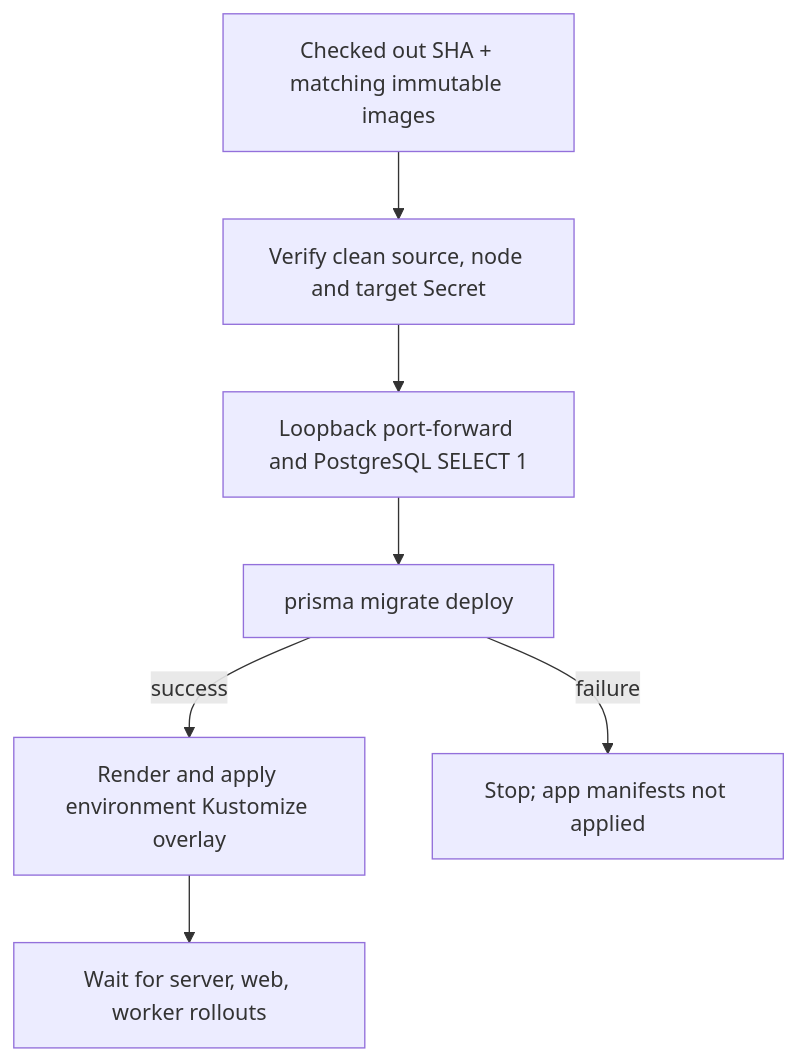
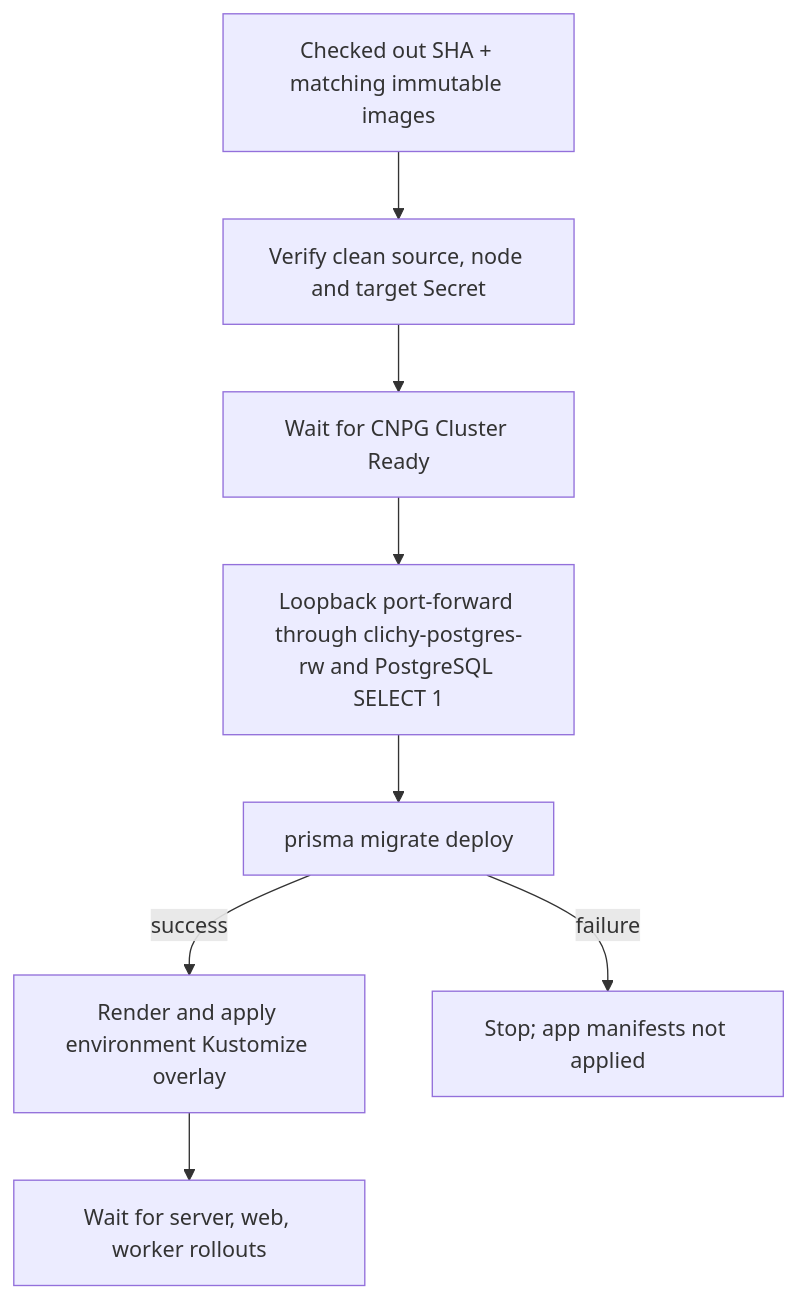
The diagram in docs/database/migrations.md (Valatras/clichy), drawn with Mermaid before and after one commit. The commit also changed 42 other files, not shown here.

First line of the commit message:
feat: Implement CloudNativePG for PostgreSQL management and monitoring

````diff
--- a/docs/database/migrations.md
+++ b/docs/database/migrations.md
@@ -26,9 +26,10 @@
 ```mermaid
 flowchart TD
   SHA[Checked out SHA + matching immutable images] --> Verify[Verify clean source, node and target Secret]
-  Verify --> Forward[Loopback port-forward and PostgreSQL SELECT 1]
+  Verify --> Ready[Wait for CNPG Cluster Ready]
+  Ready --> Forward[Loopback port-forward through clichy-postgres-rw and PostgreSQL SELECT 1]
   Forward --> Migrate[prisma migrate deploy]
   Migrate -->|success| Apply[Render and apply environment Kustomize overlay]
   Migrate -->|failure| Stop[Stop; app manifests not applied]
   Apply --> Rollout[Wait for server, web, worker rollouts]
 ```
````
